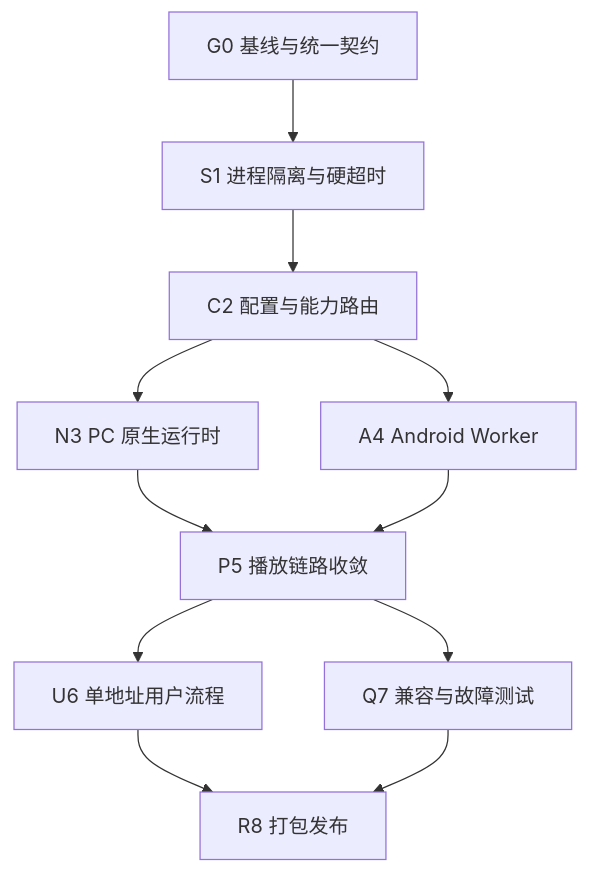
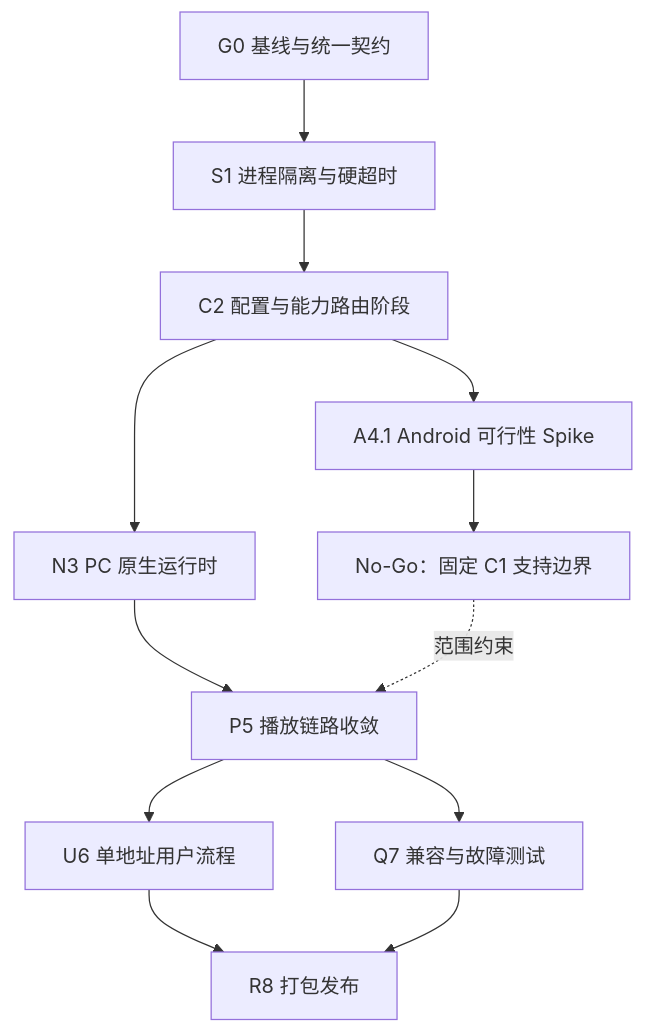
The second of 2 diagrams in docs/TVBOX_FONGMI_PARITY_TASKS.md (Arimayuki03/YuKi), drawn with Mermaid before and after one commit. The commit also changed other lines of this file and 98 other files, not shown here.

````diff
--- a/docs/TVBOX_FONGMI_PARITY_TASKS.md
+++ b/docs/TVBOX_FONGMI_PARITY_TASKS.md
@@ -233,13 +247,14 @@
 ```mermaid
 flowchart TD
     G0["G0 基线与统一契约"] --> S1["S1 进程隔离与硬超时"]
-    S1 --> C2["C2 配置与能力路由"]
-    C2 --> N3["N3 PC 原生运行时"]
-    C2 --> A4["A4 Android Worker"]
+    S1 --> C2P["C2 配置与能力路由阶段"]
+    C2P --> N3["N3 PC 原生运行时"]
+    C2P --> A41["A4.1 Android 可行性 Spike"]
+    A41 --> BOUND["No-Go：固定 C1 支持边界"]
     N3 --> P5["P5 播放链路收敛"]
-    A4 --> P5
+    BOUND -. 范围约束 .-> P5
     P5 --> U6["U6 单地址用户流程"]
     P5 --> Q7["Q7 兼容与故障测试"]
     U6 --> R8["R8 打包发布"]
     Q7 --> R8
 ```
````
